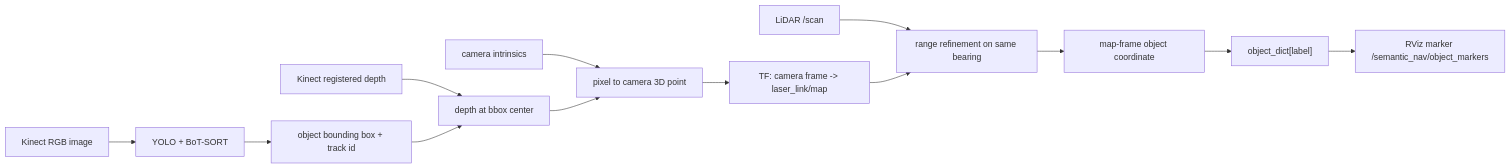
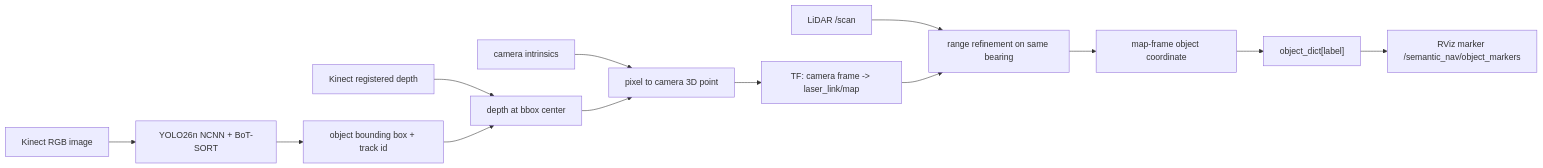
One commit to IntellisenseLab/final-project-helaforge changed the fifth of 7 diagrams in docs/SYSTEM_TECHNICAL_EXPLANATION.md. Above: the diagram before and after it, drawn with Mermaid. The commit also changed other lines of this file and 13 other files, not shown here.

````diff
--- a/docs/SYSTEM_TECHNICAL_EXPLANATION.md
+++ b/docs/SYSTEM_TECHNICAL_EXPLANATION.md
@@ -181,15 +197,15 @@
 ```mermaid
 flowchart LR
-    RGB["Kinect RGB image"] --> YOLO["YOLO + BoT-SORT"]
+    RGB["Kinect RGB image"] --> YOLO["YOLO26n NCNN + BoT-SORT"]
     YOLO --> BOX["object bounding box + track id"]
     DEPTH["Kinect registered depth"] --> PIX["depth at bbox center"]
     INFO["camera intrinsics"] --> P3D["pixel to camera 3D point"]
     BOX --> PIX
     PIX --> P3D
     P3D --> TF["TF: camera frame -> laser_link/map"]
     SCAN["LiDAR /scan"] --> FUSE["range refinement on same bearing"]
     TF --> FUSE
     FUSE --> MAPPT["map-frame object coordinate"]
     MAPPT --> STORE["object_dict[label]"]
     STORE --> MARK["RViz marker /semantic_nav/object_markers"]
 ```
````
